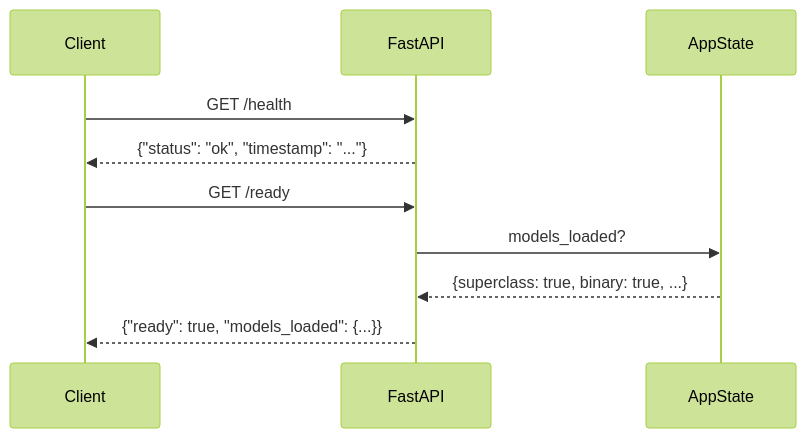
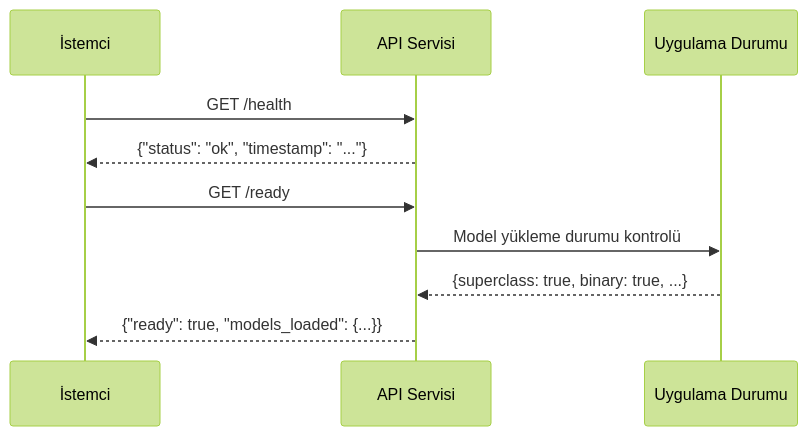
One commit to mUsaulug/CardioGuard-AI changed the sixth of 8 diagrams in docs/diagrams/02_use_case_diagram.md. Above: the diagram before and after it, drawn with Mermaid (forest theme). The commit also changed other lines of this file and 5 other files, not shown here.

````diff
--- a/docs/diagrams/02_use_case_diagram.md
+++ b/docs/diagrams/02_use_case_diagram.md
@@ -360,14 +302,14 @@
 ```mermaid
 sequenceDiagram
-    participant Client
-    participant API as FastAPI
-    participant State as AppState
+    participant Istemci as İstemci
+    participant API as API Servisi
+    participant Durum as Uygulama Durumu
     
-    Client->>API: GET /health
-    API-->>Client: {"status": "ok", "timestamp": "..."}
+    Istemci->>API: GET /health
+    API-->>Istemci: {"status": "ok", "timestamp": "..."}
     
-    Client->>API: GET /ready
-    API->>State: models_loaded?
-    State-->>API: {superclass: true, binary: true, ...}
-    API-->>Client: {"ready": true, "models_loaded": {...}}
+    Istemci->>API: GET /ready
+    API->>Durum: Model yükleme durumu kontrolü
+    Durum-->>API: {superclass: true, binary: true, ...}
+    API-->>Istemci: {"ready": true, "models_loaded": {...}}
 ```
````
